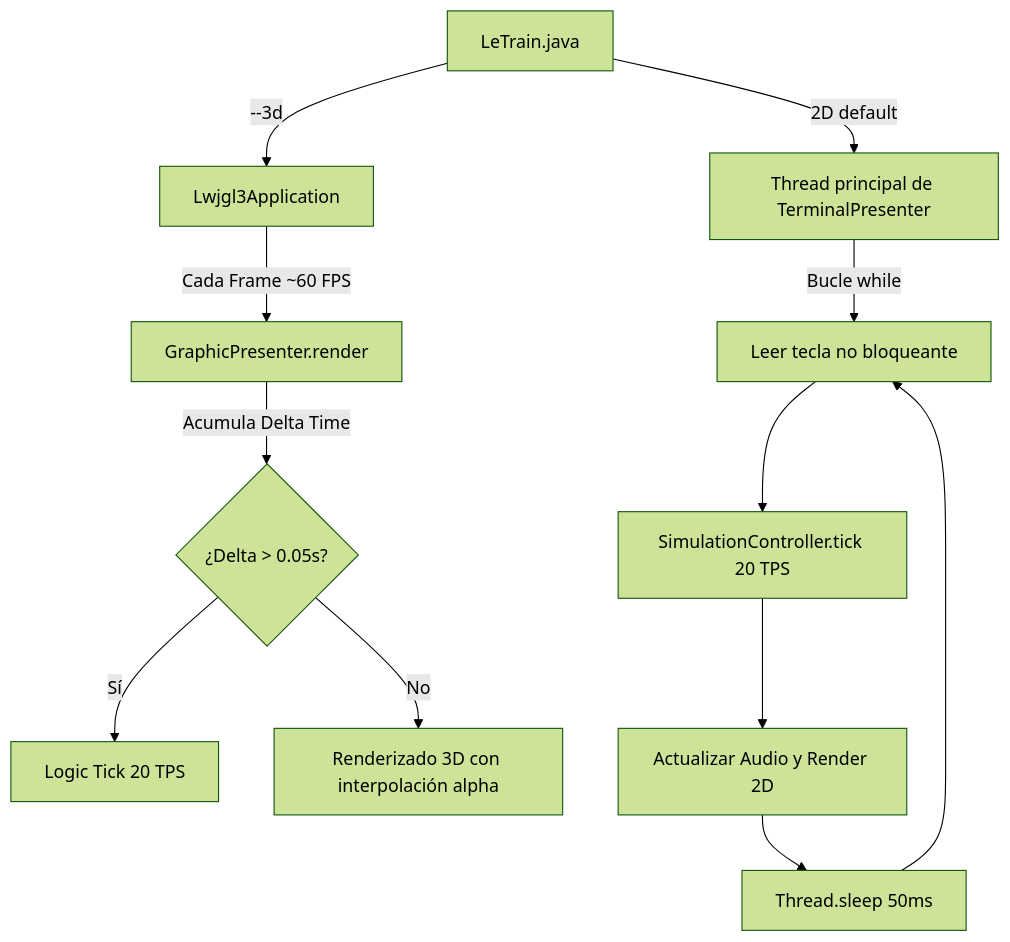
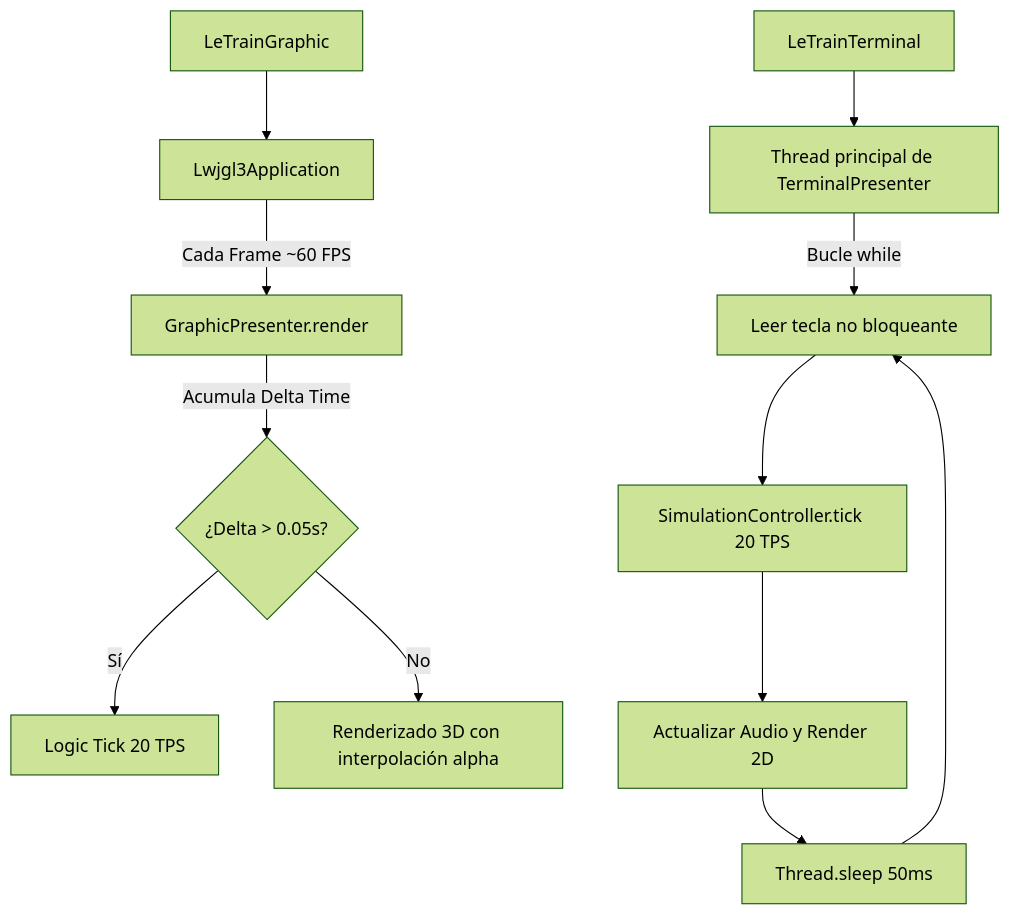
The first of 3 diagrams in docs/developer/architecture/GameLoop.md (antoniovazquezaraujo/LeTrain), drawn with Mermaid (forest theme) before and after one commit. The commit also changed other lines of this file and 26 other files, not shown here.

````diff
--- a/docs/developer/architecture/GameLoop.md
+++ b/docs/developer/architecture/GameLoop.md
@@ -45,16 +45,16 @@
 ```mermaid
 graph TD
-    A[LeTrain.java] -->|--3d| B[Lwjgl3Application]
-    A -->|2D default| C[Thread principal de TerminalPresenter]
+    A[LeTrainGraphic] --> B[Lwjgl3Application]
+    C[LeTrainTerminal] --> D[Thread principal de TerminalPresenter]
     
-    B -->|Cada Frame ~60 FPS| D[GraphicPresenter.render]
-    D -->|Acumula Delta Time| E{¿Delta > 0.05s?}
-    E -->|Sí| F[Logic Tick 20 TPS]
-    E -->|No| G[Renderizado 3D con interpolación alpha]
+    B -->|Cada Frame ~60 FPS| E[GraphicPresenter.render]
+    E -->|Acumula Delta Time| F{¿Delta > 0.05s?}
+    F -->|Sí| G[Logic Tick 20 TPS]
+    F -->|No| H[Renderizado 3D con interpolación alpha]
     
-    C -->|Bucle while| H[Leer tecla no bloqueante]
-    H --> I[SimulationController.tick 20 TPS]
-    I --> J[Actualizar Audio y Render 2D]
-    J --> K[Thread.sleep 50ms]
-    K --> H
+    D -->|Bucle while| I[Leer tecla no bloqueante]
+    I --> J[SimulationController.tick 20 TPS]
+    J --> K[Actualizar Audio y Render 2D]
+    K --> L[Thread.sleep 50ms]
+    L --> I
 ```
````
